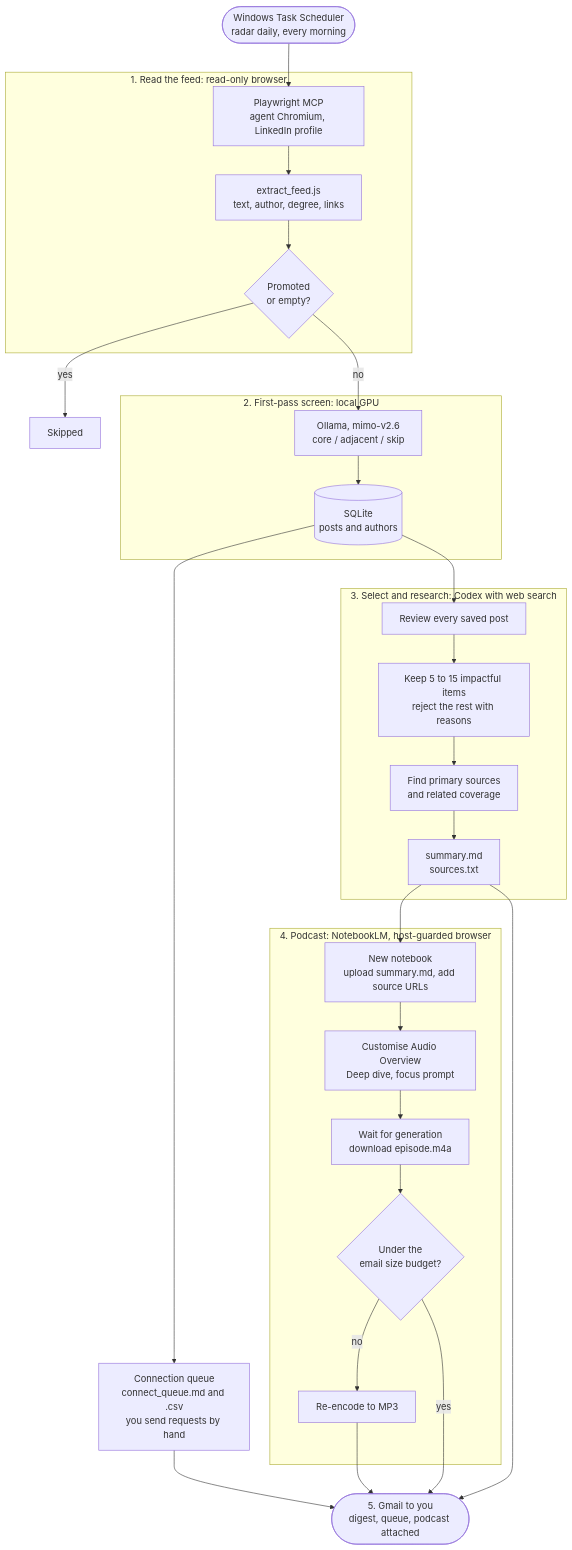
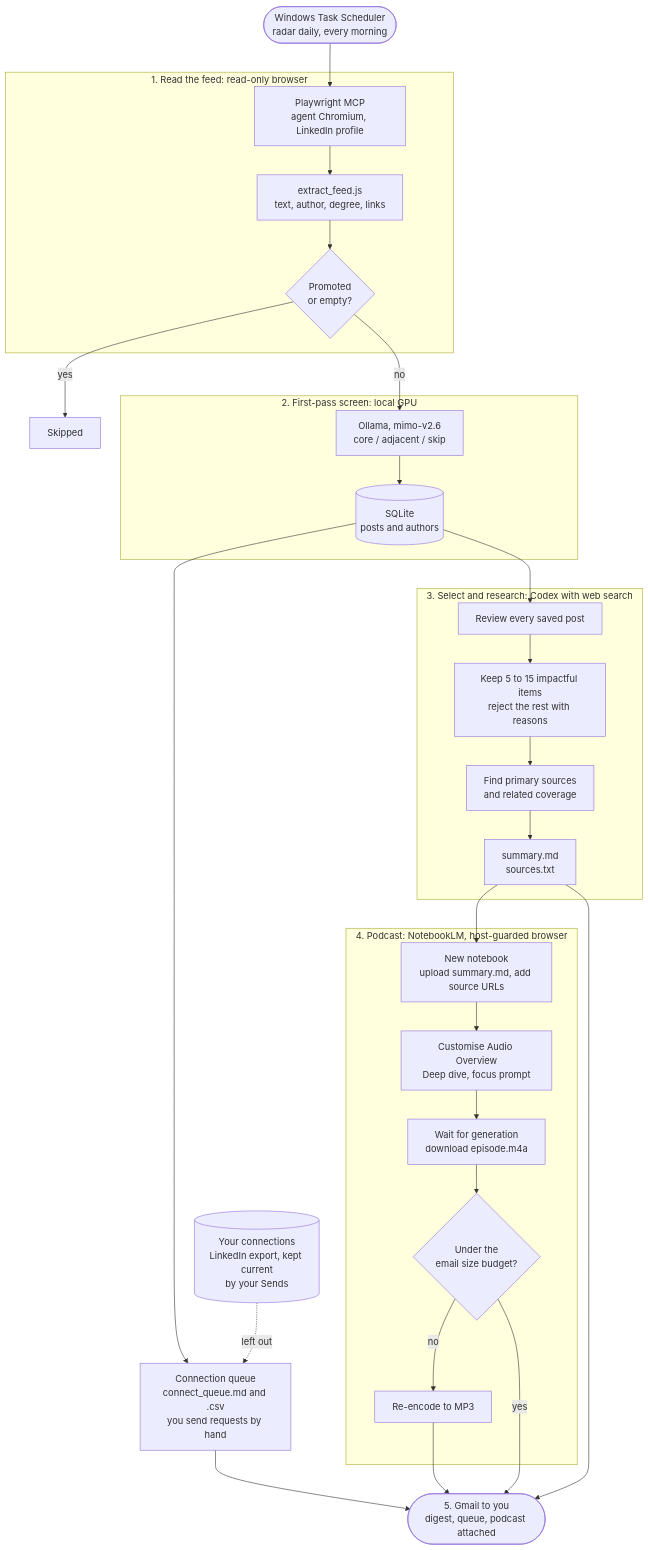
Before and after one commit to AbrarFaiyad/research-radar: the diagram in README.md, drawn with Mermaid. The commit also changed other lines of this file and 2 other files, not shown here.

First line of the commit message:
README: connections in the overview, diagram, and outputs; new screenshots

````diff
--- a/README.md
+++ b/README.md
@@ -30,39 +30,40 @@
 ```mermaid
 flowchart TD
     T(["Windows Task Scheduler<br/>radar daily, every morning"]) --> S1
 
     subgraph SCAN["1. Read the feed: read-only browser"]
         S1["Playwright MCP<br/>agent Chromium, LinkedIn profile"] --> S2["extract_feed.js<br/>text, author, degree, links"]
         S2 --> S3{"Promoted<br/>or empty?"}
     end
 
     S3 -- yes --> DROP["Skipped"]
     S3 -- no --> L1
 
     subgraph SCREEN["2. First-pass screen: local GPU"]
         L1["Ollama, mimo-v2.6<br/>core / adjacent / skip"] --> DB[("SQLite<br/>posts and authors")]
     end
 
     DB --> Q["Connection queue<br/>connect_queue.md and .csv<br/>you send requests by hand"]
+    CX[("Your connections<br/>LinkedIn export, kept current<br/>by your Sends")] -. left out .-> Q
     DB --> C1
 
     subgraph RESEARCH["3. Select and research: Codex with web search"]
         C1["Review every saved post"] --> C2["Keep 5 to 15 impactful items<br/>reject the rest with reasons"]
         C2 --> C3["Find primary sources<br/>and related coverage"]
         C3 --> C4["summary.md<br/>sources.txt"]
     end
 
     subgraph PODCAST["4. Podcast: NotebookLM, host-guarded browser"]
         N1["New notebook<br/>upload summary.md, add source URLs"] --> N2["Customise Audio Overview<br/>Deep dive, focus prompt"]
         N2 --> N3["Wait for generation<br/>download episode.m4a"]
         N3 --> N4{"Under the<br/>email size budget?"}
         N4 -- no --> N5["Re-encode to MP3"]
     end
 
     C4 --> N1
     C4 --> E1
     Q --> E1
     N4 -- yes --> E1
     N5 --> E1
     E1(["5. Gmail to you<br/>digest, queue, podcast attached"])
 ```
````
